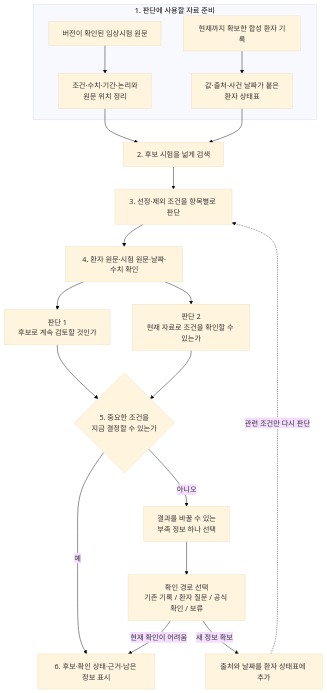
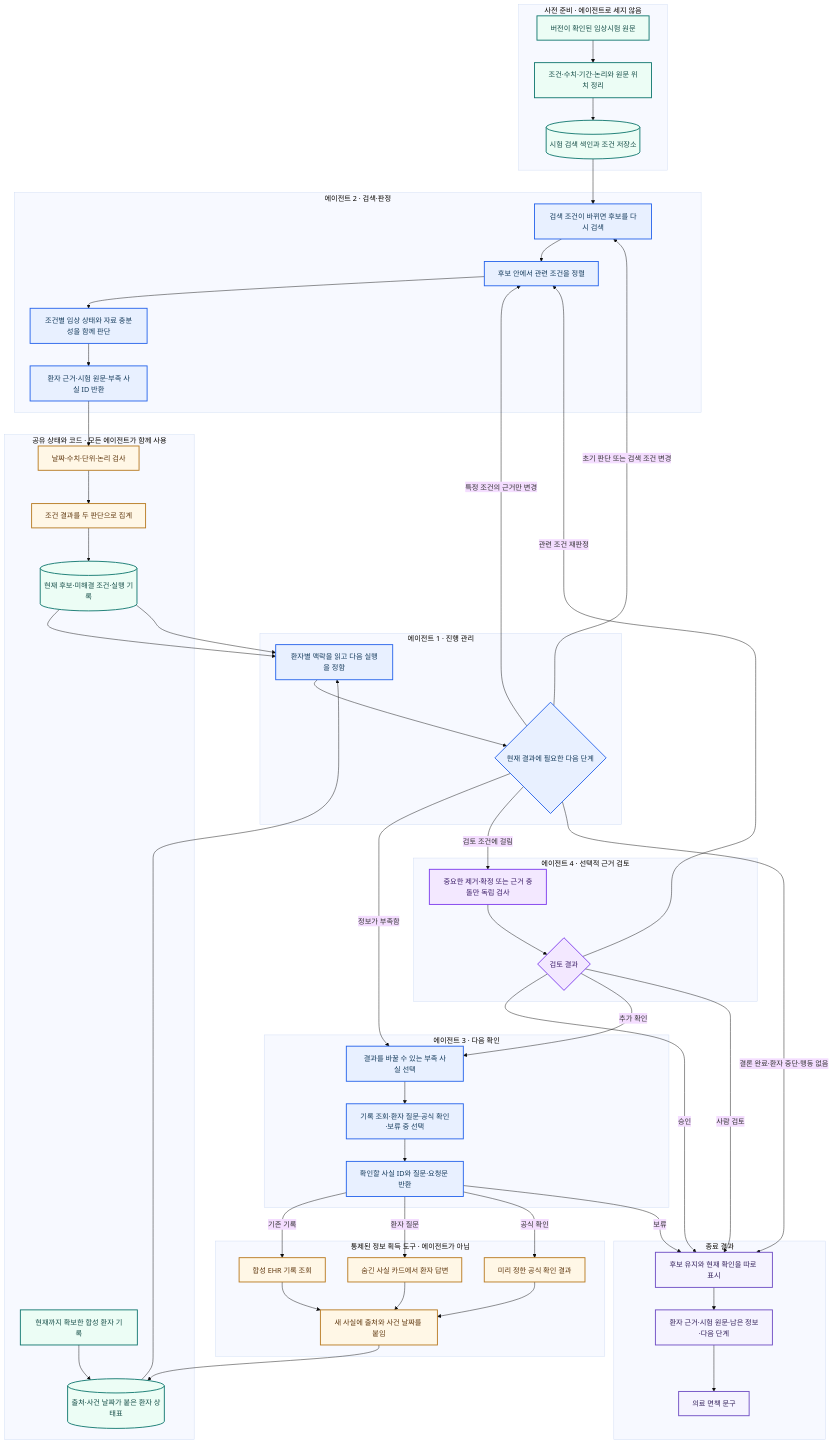
The diagram in docs/internal/diagrams/clarifytrial-performance-agent-architecture.mmd (health-agent/Clarifytrial), drawn with Mermaid (base theme) before and after one commit. The commit also changed 8 other files, not shown here.

```diff
--- a/docs/internal/diagrams/clarifytrial-performance-agent-architecture.mmd
+++ b/docs/internal/diagrams/clarifytrial-performance-agent-architecture.mmd
@@ -1,25 +1,94 @@
 flowchart TD
-    subgraph PREP[1. 판단에 사용할 자료 준비]
-        T1[버전이 확인된 임상시험 원문]
-        T2[조건·수치·기간·논리와<br/>원문 위치 정리]
-        P1[현재까지 확보한 합성 환자 기록]
-        P2[값·출처·사건 날짜가 붙은<br/>환자 상태표]
-        T1 --> T2
-        P1 --> P2
+    subgraph PREP[사전 준비 · 에이전트로 세지 않음]
+        T0[버전이 확인된 임상시험 원문]
+        T1[조건·수치·기간·논리와 원문 위치 정리]
+        TI[(시험 검색 색인과 조건 저장소)]
+        T0 --> T1 --> TI
     end
 
-    T2 --> S[2. 후보 시험을 넓게 검색]
-    P2 --> S
-    S --> J[3. 선정·제외 조건을 항목별로 판단]
-    J --> A[4. 환자 원문·시험 원문·날짜·수치 확인]
-    A --> G1[판단 1<br/>후보로 계속 검토할 것인가]
-    A --> G2[판단 2<br/>현재 자료로 조건을 확인할 수 있는가]
-    G1 --> C{5. 중요한 조건을<br/>지금 결정할 수 있는가}
-    G2 --> C
+    subgraph STATE[공유 상태와 코드 · 모든 에이전트가 함께 사용]
+        P0[현재까지 확보한 합성 환자 기록]
+        PS[(출처·사건 날짜가 붙은 환자 상태표)]
+        LOG[(현재 후보·미해결 조건·실행 기록)]
+        RULE[날짜·수치·단위·논리 검사]
+        REDUCE[조건 결과를 두 판단으로 집계]
+        P0 --> PS
+    end
 
-    C -->|예| O[6. 후보·확인 상태·근거·남은 정보 표시]
-    C -->|아니오| M[결과를 바꿀 수 있는<br/>부족 정보 하나 선택]
-    M --> R[확인 경로 선택<br/>기존 기록 / 환자 질문 / 공식 확인 / 보류]
-    R -->|현재 확인이 어려움| O
-    R -->|새 정보 확보| U[출처와 날짜를 환자 상태표에 추가]
-    U -. 관련 조건만 다시 판단 .-> J
+    subgraph A1[에이전트 1 · 진행 관리]
+        C0[환자별 맥락을 읽고 다음 실행을 정함]
+        C1{현재 결과에 필요한 다음 단계}
+        C0 --> C1
+    end
+
+    subgraph A2[에이전트 2 · 검색·판정]
+        M0[검색 조건이 바뀌면 후보를 다시 검색]
+        M1[후보 안에서 관련 조건을 정렬]
+        M2[조건별 임상 상태와 자료 충분성을 함께 판단]
+        M3[환자 근거·시험 원문·부족 사실 ID 반환]
+        M0 --> M1 --> M2 --> M3
+    end
+
+    subgraph A3[에이전트 3 · 다음 확인]
+        N0[결과를 바꿀 수 있는 부족 사실 선택]
+        N1[기록 조회·환자 질문·공식 확인·보류 중 선택]
+        N2[확인할 사실 ID와 질문·요청문 반환]
+        N0 --> N1 --> N2
+    end
+
+    subgraph ENV[통제된 정보 획득 도구 · 에이전트가 아님]
+        E1[합성 EHR 기록 조회]
+        E2[숨긴 사실 카드에서 환자 답변]
+        E3[미리 정한 공식 확인 결과]
+        E4[새 사실에 출처와 사건 날짜를 붙임]
+        E1 --> E4
+        E2 --> E4
+        E3 --> E4
+    end
+
+    subgraph A4[에이전트 4 · 선택적 근거 검토]
+        R0[중요한 제거·확정 또는 근거 충돌만 독립 검사]
+        R1{검토 결과}
+        R0 --> R1
+    end
+
+    subgraph OUT[종료 결과]
+        O0[후보 유지와 현재 확인을 따로 표시]
+        O1[환자 근거·시험 원문·남은 정보·다음 단계]
+        O2[의료 면책 문구]
+        O0 --> O1 --> O2
+    end
+
+    TI --> M0
+    PS --> C0
+    LOG --> C0
+    C1 -->|초기 판단 또는 검색 조건 변경| M0
+    C1 -->|특정 조건의 근거만 변경| M1
+    M3 --> RULE --> REDUCE --> LOG
+    LOG --> C0
+
+    C1 -->|정보가 부족함| N0
+    N2 -->|기존 기록| E1
+    N2 -->|환자 질문| E2
+    N2 -->|공식 확인| E3
+    N2 -->|보류| O0
+    E4 --> PS
+
+    C1 -->|검토 조건에 걸림| R0
+    R1 -->|승인| O0
+    R1 -->|관련 조건 재판정| M1
+    R1 -->|추가 확인| N0
+    R1 -->|사람 검토| O0
+    C1 -->|결론 완료·환자 중단·행동 없음| O0
+
+    classDef agent fill:#E8F0FF,stroke:#2563EB,color:#153B5B,stroke-width:2px;
+    classDef optional fill:#F3E8FF,stroke:#7C3AED,color:#3B1D67,stroke-width:2px;
+    classDef data fill:#ECFDF5,stroke:#0F766E,color:#164E48,stroke-width:2px;
+    classDef tool fill:#FFF7E6,stroke:#B7791F,color:#5F370E,stroke-width:2px;
+    classDef output fill:#F5F3FF,stroke:#6D4BC3,color:#33205A,stroke-width:2px;
+
+    class C0,C1,M0,M1,M2,M3,N0,N1,N2 agent;
+    class R0,R1 optional;
+    class T0,T1,TI,P0,PS,LOG data;
+    class RULE,REDUCE,E1,E2,E3,E4 tool;
+    class O0,O1,O2 output;
```
